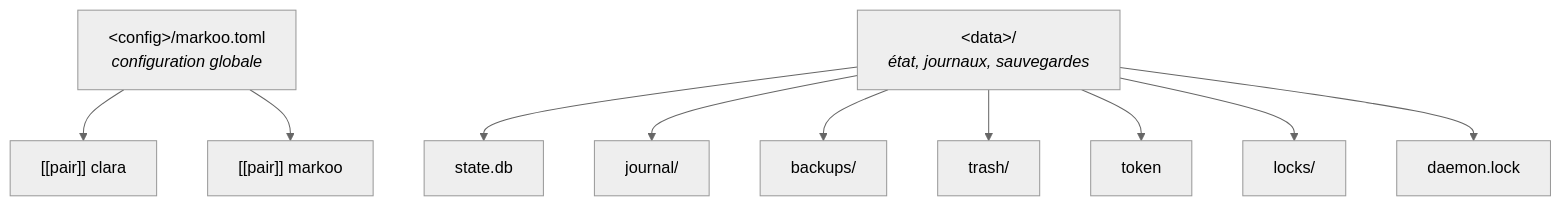
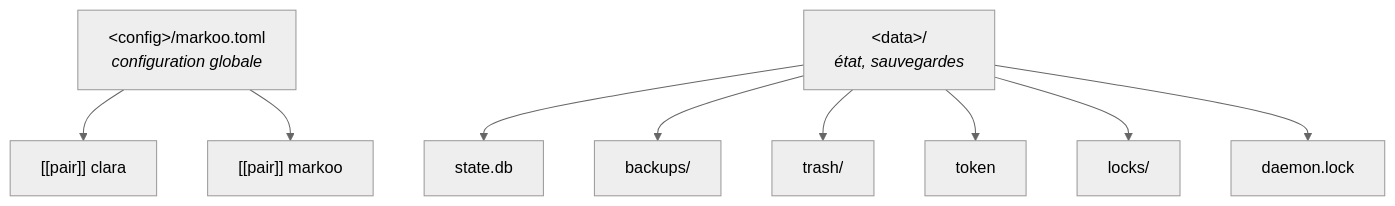
The first of 3 diagrams in documentation/fr/06-configuration.md (studoo-app/markoo), drawn with Mermaid (neutral theme) before and after one commit. The commit also changed other lines of this file and 26 other files, not shown here.

````diff
--- a/documentation/fr/06-configuration.md
+++ b/documentation/fr/06-configuration.md
@@ -12,14 +12,13 @@
 ```mermaid
 flowchart TD
     G["&lt;config&gt;/markoo.toml<br/><i>configuration globale</i>"]
-    S["&lt;data&gt;/<br/><i>état, journaux, sauvegardes</i>"]
+    S["&lt;data&gt;/<br/><i>état, sauvegardes</i>"]
     G --> P1["[[pair]] clara"]
     G --> P2["[[pair]] markoo"]
     S --> DB["state.db"]
-    S --> J["journal/"]
     S --> B["backups/"]
     S --> T["trash/"]
     S --> TK["token"]
     S --> L["locks/"]
     S --> DL["daemon.lock"]
 ```
````
